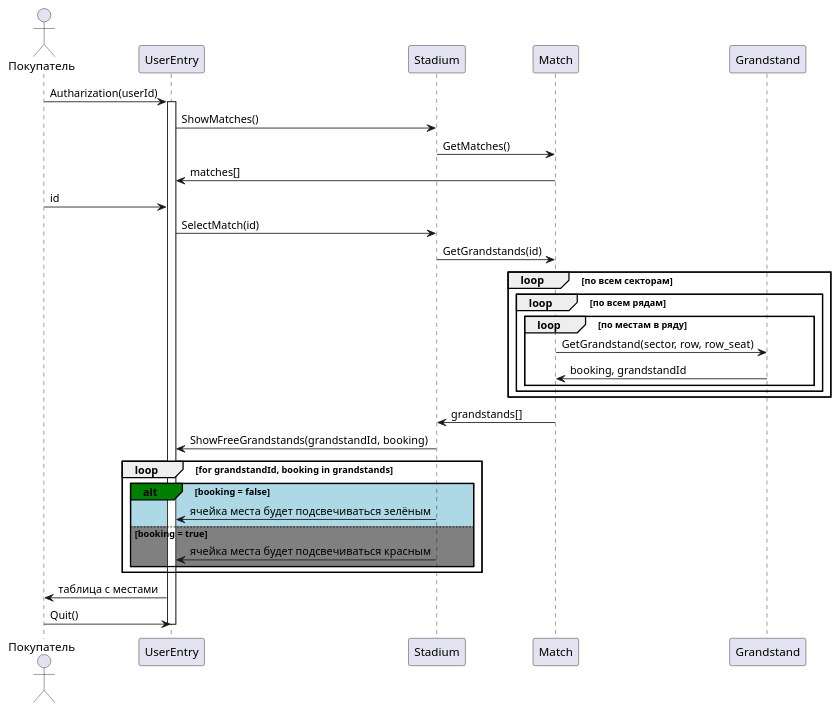
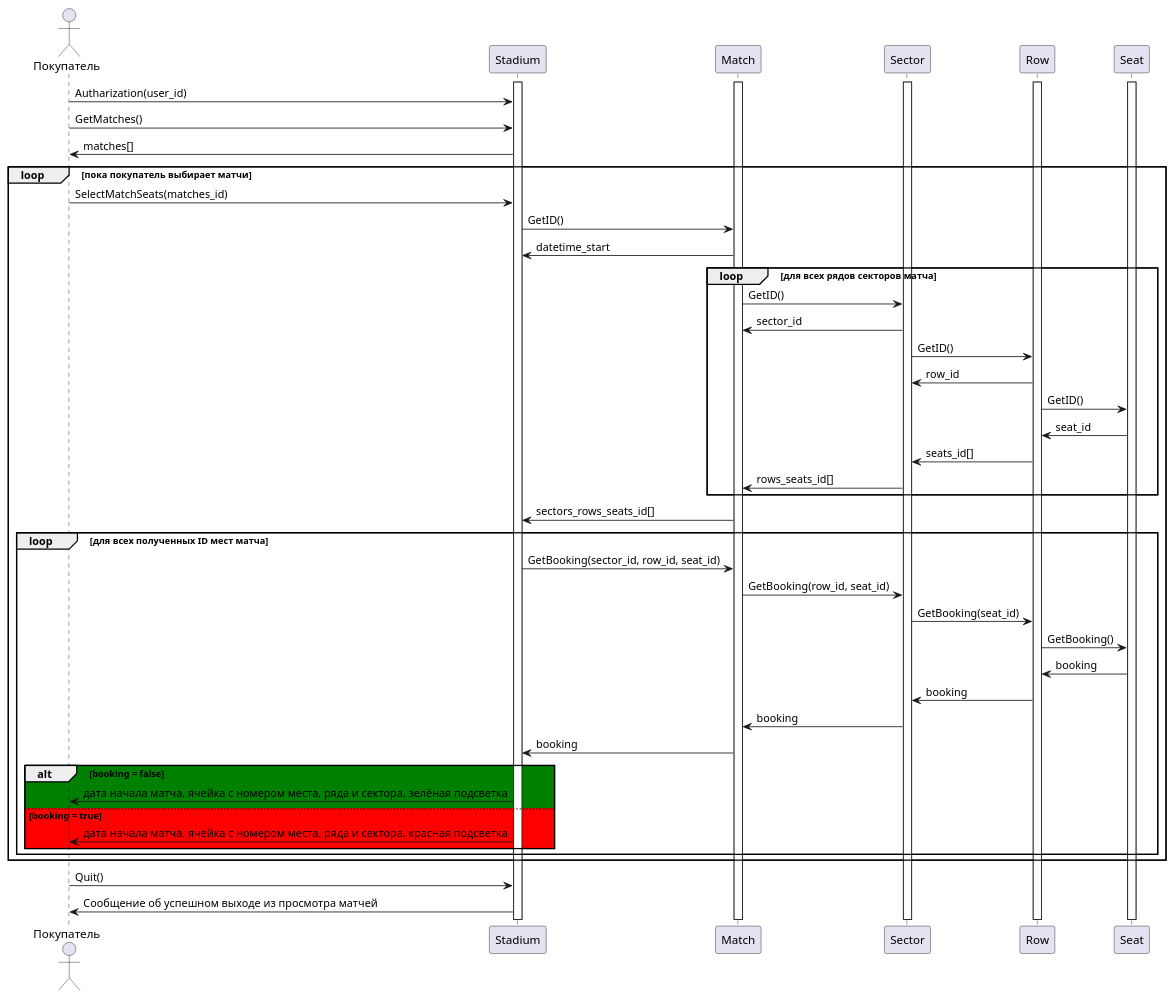
The diagram in Прецеденты/Диаграмма просмотра свободных мест.md (penamarth/bsbo-03-23_team4_var10_football), drawn with PlantUML before and after one commit. The commit also changed 1 other file, not shown here.

Commit message:
Переделка диаграммы просмотра свободных мест + фикс модели предметной области

````diff
--- a/Прецеденты/Диаграмма просмотра свободных мест.md
+++ b/Прецеденты/Диаграмма просмотра свободных мест.md
@@ -1,45 +1,68 @@
 ```plantuml
 @startuml
 actor Покупатель
 
-Покупатель -> UserEntry : Autharization(userId)
-activate UserEntry
+activate Stadium
+activate Match
+activate Sector
+activate Row
+activate Seat
 
-UserEntry -> Stadium : ShowMatches()
+Покупатель -> Stadium : Autharization(user_id)
 
-Stadium -> Match: GetMatches()
-UserEntry <- Match: matches[]
-
-Покупатель -> UserEntry : id
-
-UserEntry -> Stadium : SelectMatch(id)
-
-Stadium -> Match : GetGrandstands(id)
+Покупатель -> Stadium : GetMatches()
+Покупатель <- Stadium : matches[]
 
 
-loop по всем секторам
-loop по всем рядам
-loop по местам в ряду
-Match -> Grandstand : GetGrandstand(sector, row, row_seat)
-Match <- Grandstand : booking, grandstandId
-end
-end
+loop пока покупатель выбирает матчи
+
+Покупатель -> Stadium : SelectMatchSeats(matches_id)
+Stadium -> Match : GetID()
+Stadium <- Match : datetime_start
+
+
+loop для всех рядов секторов матча
+
+Match -> Sector : GetID()
+Match <- Sector : sector_id
+Sector -> Row : GetID()
+Sector <- Row : row_id
+Row -> Seat : GetID()
+Row <- Seat : seat_id
+Sector <- Row : seats_id[]
+Match <- Sector : rows_seats_id[]
+
 end
 
-Stadium <- Match : grandstands[]
 
-UserEntry <- Stadium : ShowFreeGrandstands(grandstandId, booking)
+Stadium <- Match : sectors_rows_seats_id[]
 
-loop for grandstandId, booking in grandstands
-alt#green #lightblue booking = false
-  UserEntry <- Stadium : ячейка места будет подсвечиваться зелёным
-else #gray booking = true
-  UserEntry <- Stadium : ячейка места будет подсвечиваться красным
-end
+
+loop для всех полученных ID мест матча
+
+Stadium -> Match : GetBooking(sector_id, row_id, seat_id)
+Match -> Sector : GetBooking(row_id, seat_id)
+Sector -> Row : GetBooking(seat_id)
+Row -> Seat : GetBooking()
+Row <- Seat : booking
+Sector <- Row : booking
+Match <- Sector : booking
+Stadium <- Match : booking
+
+alt #green booking = false
+  Покупатель <- Stadium : дата начала матча, ячейка с номером места, ряда и сектора, зелёная подсветка
+else #red booking = true
+  Покупатель <- Stadium : дата начала матча, ячейка с номером места, ряда и сектора, красная подсветка
 end
 
-Покупатель <- UserEntry : таблица с местами
-Покупатель -> UserEntry : Quit()
-deactivate UserEntry
+end
+
+
+end
+
+
+Покупатель -> Stadium : Quit()
+Покупатель <- Stadium : Сообщение об успешном выходе из просмотра матчей
+
 @enduml
 ```
````
